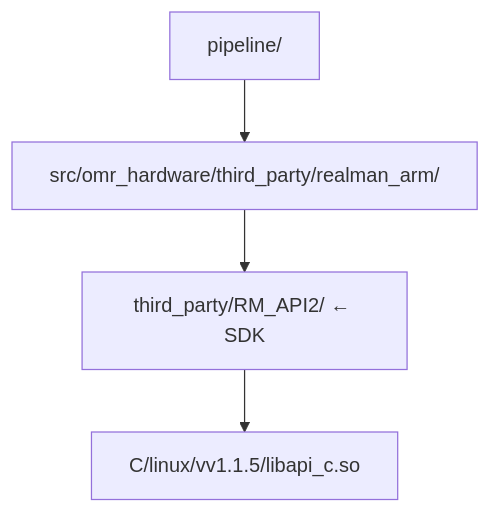
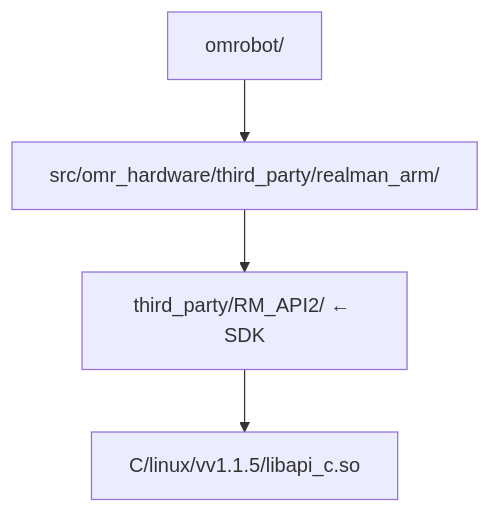
One commit to sunyuming53-byte/the_first_box changed the fourth of 4 diagrams in docs/DEVELOPMENT_CN.md. Above: the diagram before and after it, drawn with Mermaid. The commit also changed other lines of this file and 22 other files, not shown here.

````diff
--- a/docs/DEVELOPMENT_CN.md
+++ b/docs/DEVELOPMENT_CN.md
@@ -411,8 +411,8 @@
 ```mermaid
 graph TD
-    pipeline["pipeline/"]
+    pipeline["omrobot/"]
     realman["src/omr_hardware/third_party/realman_arm/"]
     sdk["third_party/RM_API2/ ← SDK"]
     lib["C/linux/vv1.1.5/libapi_c.so"]
     pipeline --> realman --> sdk --> lib
 ```
````
